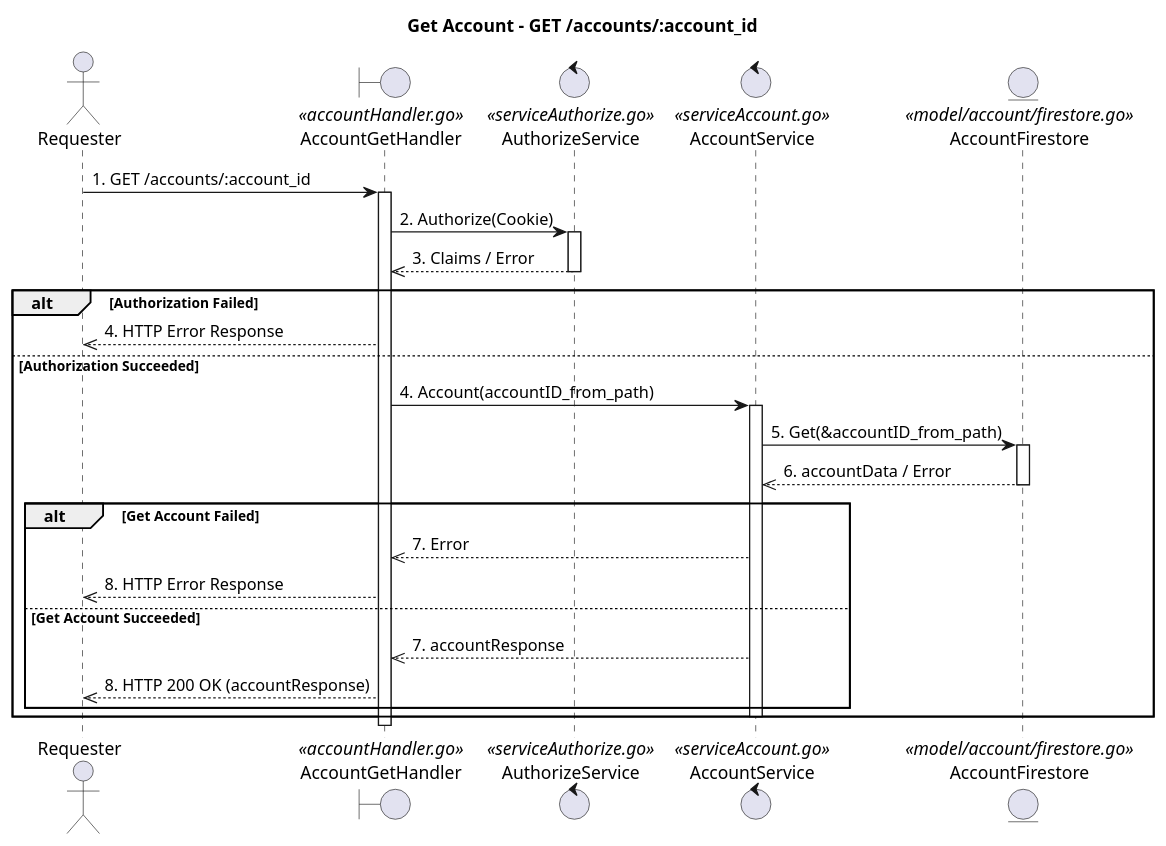
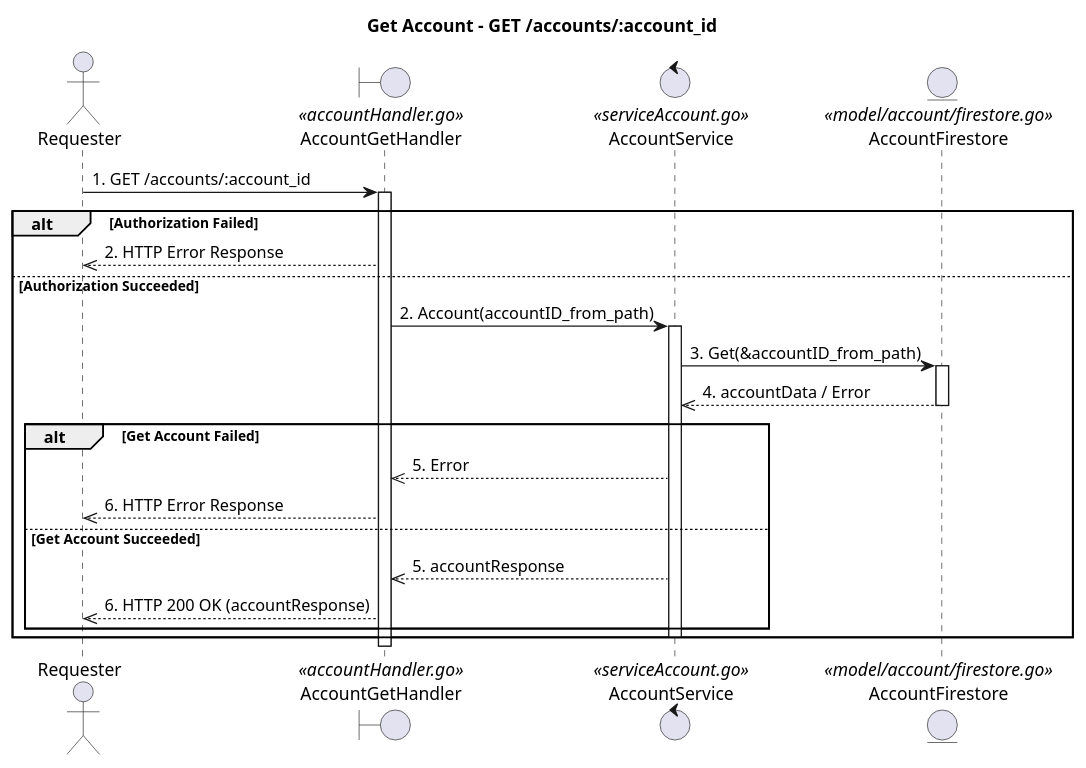
The diagram in docs/Get/SequenciaGetAccount.puml (JulioKobayashiEbury/BankingAPI), drawn with PlantUML before and after one commit. The commit also changed 44 other files, not shown here.

```diff
--- a/docs/Get/SequenciaGetAccount.puml
+++ b/docs/Get/SequenciaGetAccount.puml
@@ -1,38 +1,32 @@
 @startuml
 title Get Account - GET /accounts/:account_id
 
 actor Requester
 boundary AccountGetHandler <<accountHandler.go>>
-control AuthorizeService <<serviceAuthorize.go>>
 control AccountService <<serviceAccount.go>>
 entity AccountFirestore <<model/account/firestore.go>>
 
 Requester -> AccountGetHandler : 1. GET /accounts/:account_id
 activate AccountGetHandler
 
-AccountGetHandler -> AuthorizeService : 2. Authorize(Cookie)
-activate AuthorizeService
-AuthorizeService -->> AccountGetHandler : 3. Claims / Error
-deactivate AuthorizeService
-
 alt Authorization Failed
-    AccountGetHandler -->> Requester : 4. HTTP Error Response
+    AccountGetHandler -->> Requester : 2. HTTP Error Response
 else Authorization Succeeded
-    AccountGetHandler -> AccountService : 4. Account(accountID_from_path)
+    AccountGetHandler -> AccountService : 2. Account(accountID_from_path)
     activate AccountService
-    AccountService -> AccountFirestore : 5. Get(&accountID_from_path)
+    AccountService -> AccountFirestore : 3. Get(&accountID_from_path)
     activate AccountFirestore
-    AccountFirestore -->> AccountService : 6. accountData / Error
+    AccountFirestore -->> AccountService : 4. accountData / Error
     deactivate AccountFirestore
     
     alt Get Account Failed
-        AccountService -->> AccountGetHandler : 7. Error
-        AccountGetHandler -->> Requester : 8. HTTP Error Response
+        AccountService -->> AccountGetHandler : 5. Error
+        AccountGetHandler -->> Requester : 6. HTTP Error Response
     else Get Account Succeeded
-        AccountService -->> AccountGetHandler : 7. accountResponse
-        AccountGetHandler -->> Requester : 8. HTTP 200 OK (accountResponse)
+        AccountService -->> AccountGetHandler : 5. accountResponse
+        AccountGetHandler -->> Requester : 6. HTTP 200 OK (accountResponse)
     end
     deactivate AccountService
 end
 deactivate AccountGetHandler
 @enduml
```
